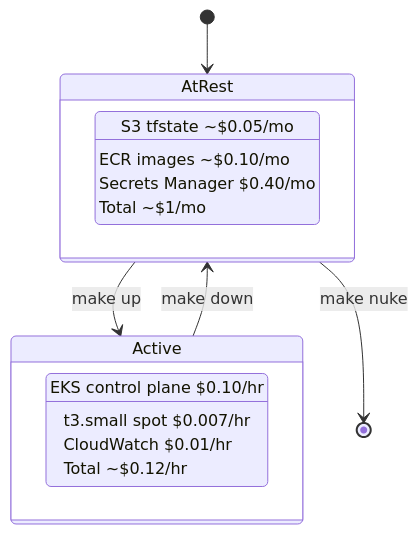
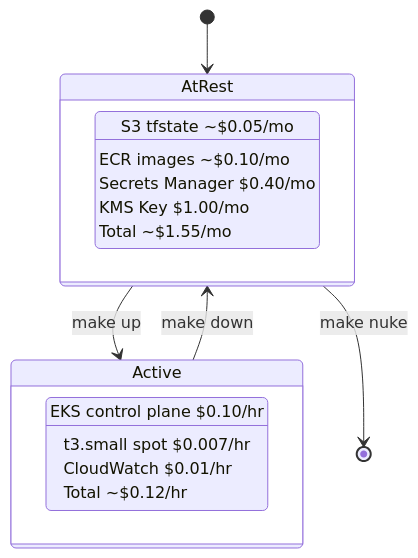
Before and after one commit to abhisheksinghautomotive/verdict: the sixth of 6 diagrams in architecture.md, drawn with Mermaid. The commit also changed other lines of this file and 17 other files, not shown here.

````diff
--- a/architecture.md
+++ b/architecture.md
@@ -310,21 +311,22 @@
 ```mermaid
 stateDiagram-v2
     [*] --> AtRest
     AtRest --> Active: make up
     Active --> AtRest: make down
     AtRest --> [*]: make nuke
 
     state AtRest {
         Persistent: S3 tfstate ~$0.05/mo
         Persistent: ECR images ~$0.10/mo
         Persistent: Secrets Manager $0.40/mo
-        Persistent: Total ~$1/mo
+        Persistent: KMS Key $1.00/mo
+        Persistent: Total ~$1.55/mo
     }
 
     state Active {
         Running: EKS control plane $0.10/hr
         Running: t3.small spot $0.007/hr
         Running: CloudWatch $0.01/hr
         Running: Total ~$0.12/hr
     }
 ```
````
